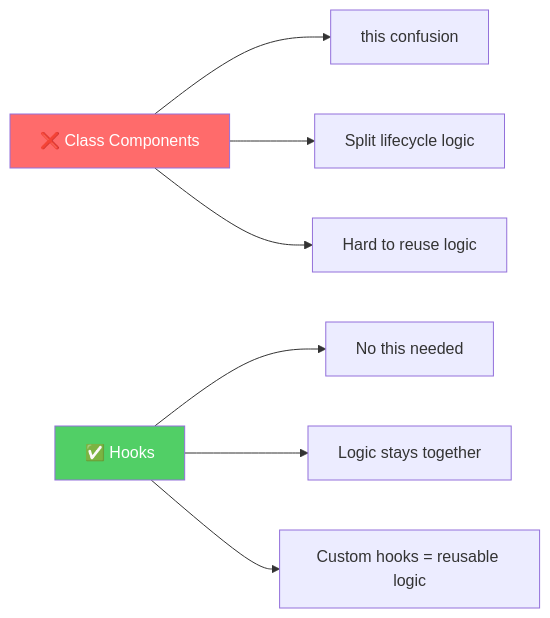
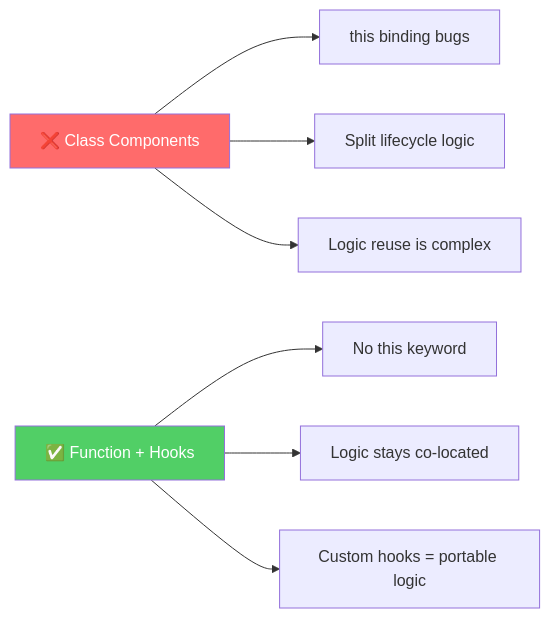
Before and after one commit to vaishali86c/React-revision-book: the first of 21 diagrams in REACT-HOOKS-DEEP-DIVE.md, drawn with Mermaid. The commit also changed other lines of this file, not shown here.

Commit message:
refactor: rewrite hooks deep dive in professional English with code optimization insights

````diff
--- a/REACT-HOOKS-DEEP-DIVE.md
+++ b/REACT-HOOKS-DEEP-DIVE.md
@@ -58,13 +58,13 @@
 ```mermaid
 graph LR
-    A["❌ Class Components"] --> B["this confusion"]
+    A["❌ Class Components"] --> B["this binding bugs"]
     A --> C["Split lifecycle logic"]
-    A --> D["Hard to reuse logic"]
+    A --> D["Logic reuse is complex"]
 
-    E["✅ Hooks"] --> F["No this needed"]
-    E --> G["Logic stays together"]
-    E --> H["Custom hooks = reusable logic"]
+    E["✅ Function + Hooks"] --> F["No this keyword"]
+    E --> G["Logic stays co-located"]
+    E --> H["Custom hooks = portable logic"]
 
     style A fill:#ff6b6b,color:#fff
     style E fill:#51cf66,color:#fff
 ```
````
